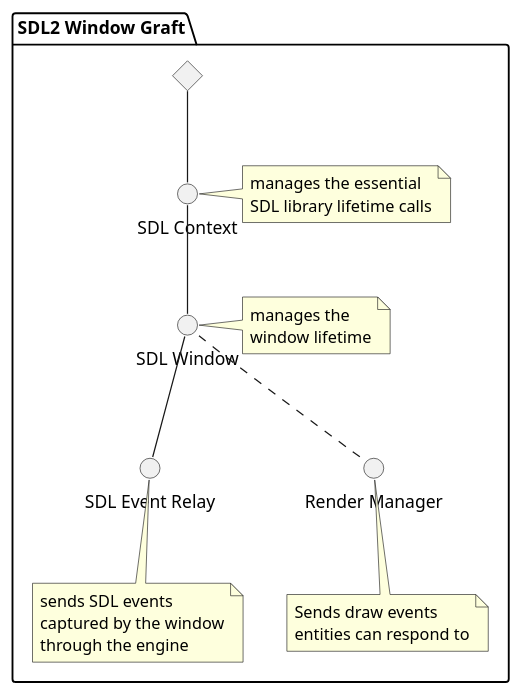
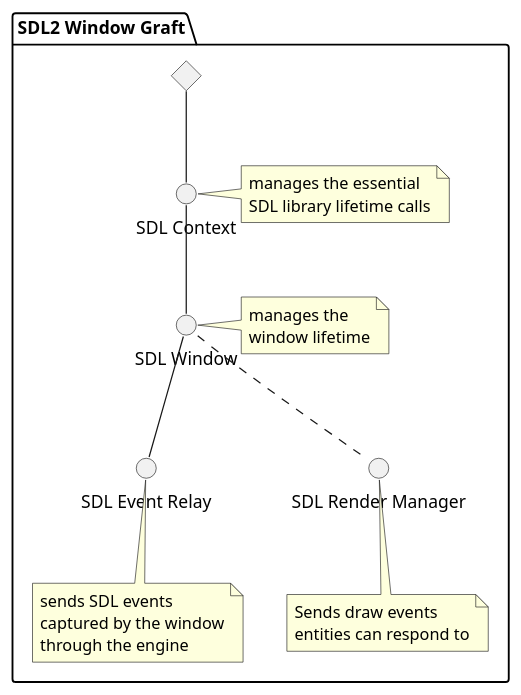
Before and after one commit to Belagir/basilisk: the diagram in doc/graft-sdl2-window.puml, drawn with PlantUML. The commit also changed 5 other files, not shown here.

```diff
--- a/doc/graft-sdl2-window.puml
+++ b/doc/graft-sdl2-window.puml
@@ -1,26 +1,26 @@
 @startuml SDL window graft
 
 
 package SDL2_Window_Graft as "SDL2 Window Graft" {
     <> root
 
     () SDL as "SDL Context"
     note right of SDL : manages the essential\nSDL library lifetime calls
 
     () SDL_Window as "SDL Window"
     note right of SDL_Window : manages the\nwindow lifetime
 
     () SDL_Event as "SDL Event Relay"
     note bottom of SDL_Event : sends SDL events\ncaptured by the window\nthrough the engine
 
-    () Render_Manager as "Render Manager"
+    () Render_Manager as "SDL Render Manager"
     note bottom of Render_Manager : Sends draw events\nentities can respond to
 
     root -down- SDL
         SDL -down- SDL_Window
             SDL_Window -down- SDL_Event
             SDL_Window .down. Render_Manager
 }
 
 
 @enduml
```
